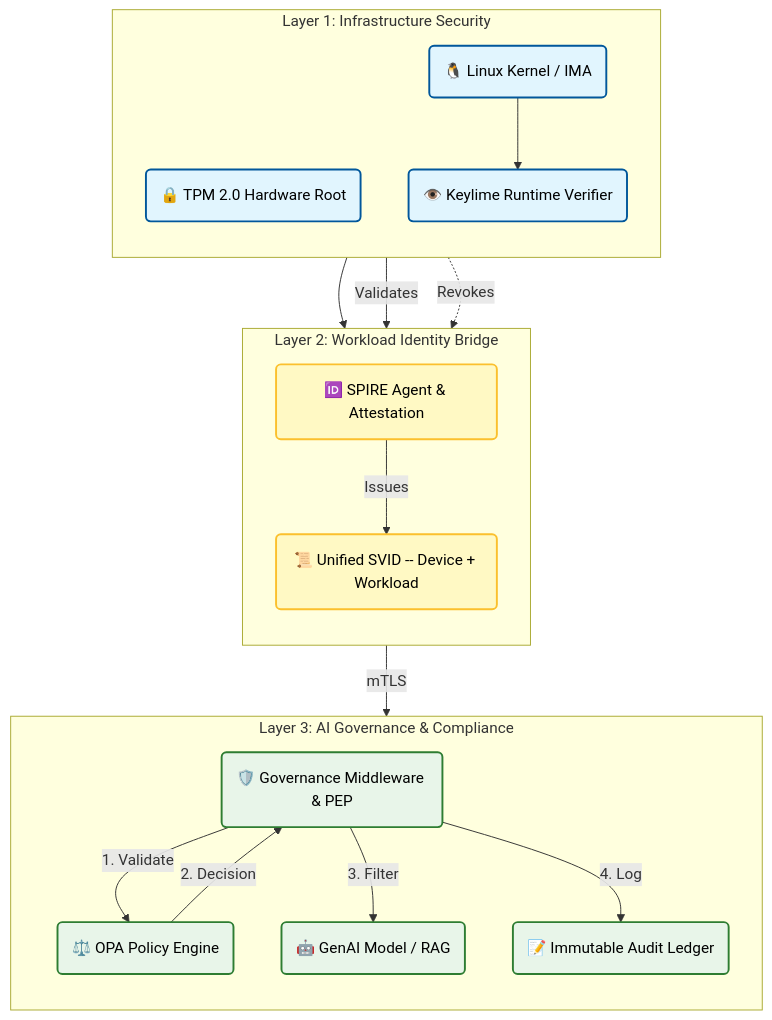
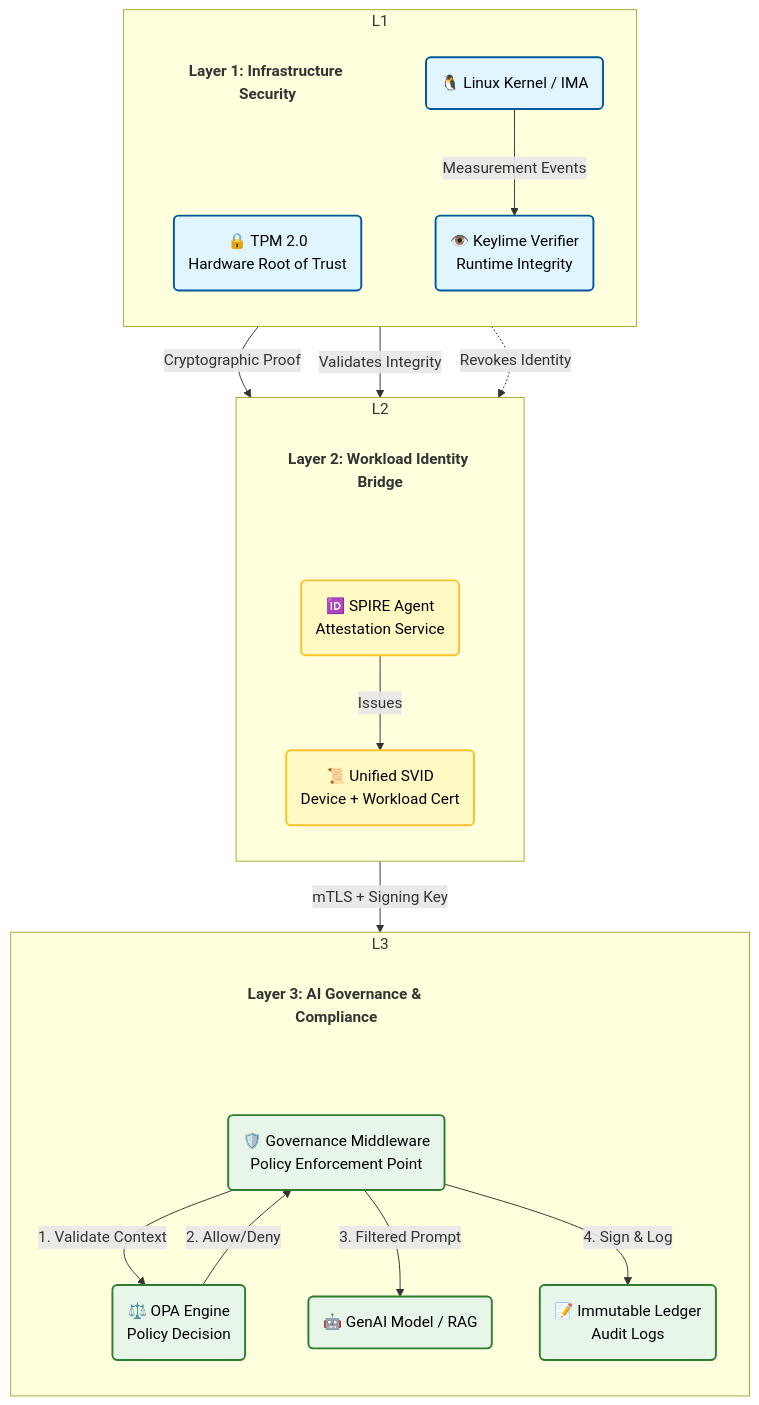
Before and after one commit to lfedgeai/AegisEdgeAI: the diagram in README.md, drawn with Mermaid. The commit also changed other lines of this file, not shown here.

````diff
--- a/README.md
+++ b/README.md
@@ -7,47 +7,68 @@
 ```mermaid
 graph TD
-    %% Styles
+    %% --- Styles ---
     classDef hardware fill:#e1f5fe,stroke:#01579b,stroke-width:2px,color:#000;
     classDef identity fill:#fff9c4,stroke:#fbc02d,stroke-width:2px,color:#000;
     classDef governance fill:#e8f5e9,stroke:#2e7d32,stroke-width:2px,color:#000;
+    
+    %% Style for the "Fake Titles" (Invisible background, Bold text)
+    classDef layerTitle fill:none,stroke:none,color:#333,font-weight:bold,font-size:16px;
 
-    subgraph L3 [Layer 3: AI Governance & Compliance]
+    %% --- Layer 3 ---
+    subgraph L3
         direction TB
-        GovChain(🛡️ Governance Middleware & PEP)
-        OPA(⚖️ OPA Policy Engine)
-        Audit(📝 Immutable Audit Ledger)
+        %% Fake Title Node
+        Title_L3(Layer 3: AI Governance & Compliance):::layerTitle
+        
+        %% Real Nodes
+        GovChain(🛡️ Governance Middleware<br/>Policy Enforcement Point)
+        OPA(⚖️ OPA Engine<br/>Policy Decision)
+        Audit(📝 Immutable Ledger<br/>Audit Logs)
         LLM(🤖 GenAI Model / RAG)
+        
+        %% Invisible link to stack title on top
+        Title_L3 ~~~ GovChain
     end
 
-    subgraph L2 [Layer 2: Workload Identity Bridge]
+    %% --- Layer 2 ---
+    subgraph L2
         direction TB
-        SPIRE(🆔 SPIRE Agent & Attestation)
-        SVID(📜 Unified SVID -- Device + Workload)
+        Title_L2(Layer 2: Workload Identity Bridge):::layerTitle
+        
+        SPIRE(🆔 SPIRE Agent<br/>Attestation Service)
+        SVID(📜 Unified SVID<br/>Device + Workload Cert)
+        
+        Title_L2 ~~~ SPIRE
     end
 
-    subgraph L1 [Layer 1: Infrastructure Security]
+    %% --- Layer 1 ---
+    subgraph L1
         direction TB
-        TPM(🔒 TPM 2.0 Hardware Root)
-        Keylime(👁️ Keylime Runtime Verifier)
+        Title_L1(Layer 1: Infrastructure Security):::layerTitle
+        
+        TPM(🔒 TPM 2.0<br/>Hardware Root of Trust)
+        Keylime(👁️ Keylime Verifier<br/>Runtime Integrity)
         Kernel(🐧 Linux Kernel / IMA)
+        
+        Title_L1 ~~~ TPM
     end
 
-    %% Relations
-    TPM --> SPIRE
-    Kernel --> Keylime
-    Keylime -->|Validates| SPIRE
-    Keylime -.->|Revokes| SPIRE
+    %% --- Relationships ---
+    TPM -->|Cryptographic Proof| SPIRE
+    Kernel -->|Measurement Events| Keylime
+    Keylime -->|Validates Integrity| SPIRE
+    Keylime -.->|Revokes Identity| SPIRE
 
     SPIRE -->|Issues| SVID
-    SVID -->|mTLS| GovChain
+    SVID -->|mTLS + Signing Key| GovChain
 
-    GovChain -->|1. Validate| OPA
-    OPA -->|2. Decision| GovChain
-    GovChain -->|3. Filter| LLM
-    GovChain -->|4. Log| Audit
+    GovChain -->|1. Validate Context| OPA
+    OPA -->|2. Allow/Deny| GovChain
+    GovChain -->|3. Filtered Prompt| LLM
+    GovChain -->|4. Sign & Log| Audit
 
-    %% Apply Styles
+    %% --- Apply Styles to Real Nodes ---
     class TPM,Keylime,Kernel hardware;
     class SPIRE,SVID identity;
     class GovChain,OPA,Audit,LLM governance;
 ```
````
